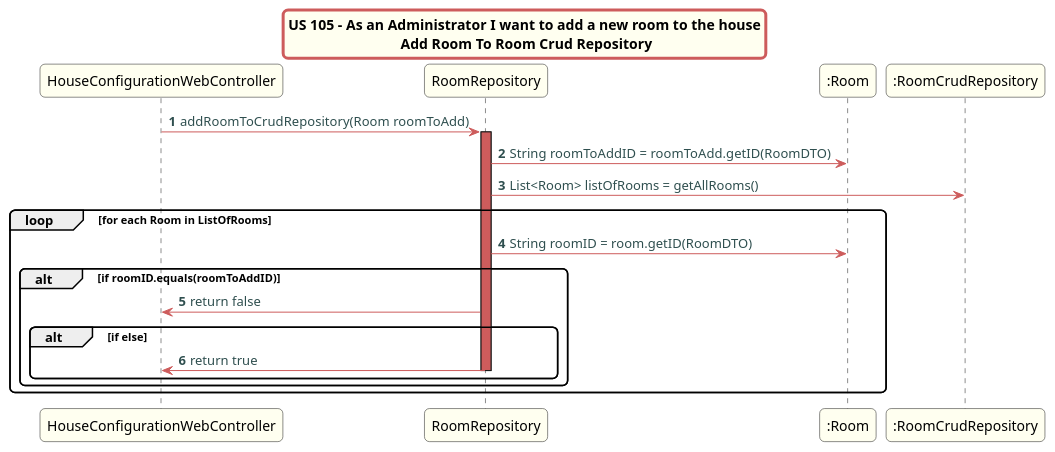
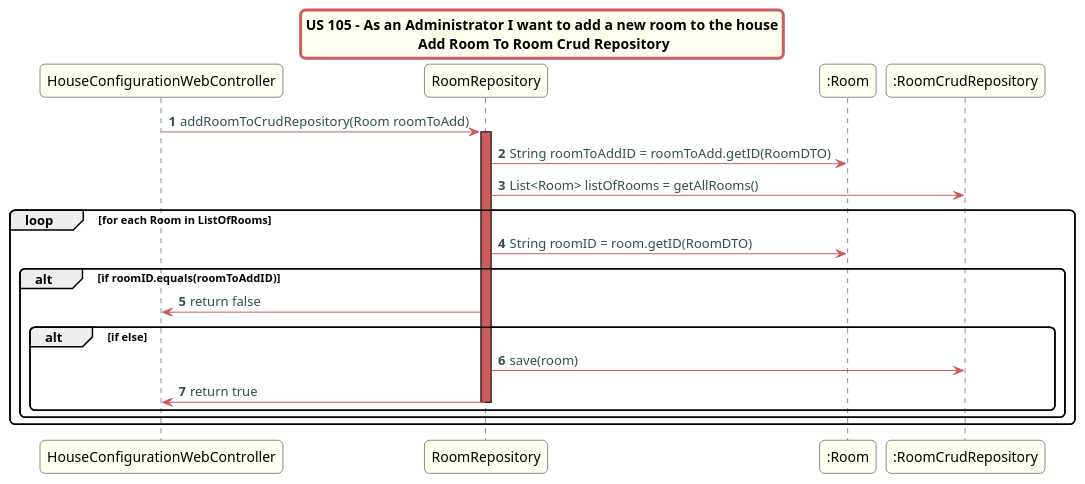
One commit to Almadanmp/project changed the diagram in src/doc/WEB_Controllers/HouseConfiguration/US105/addRoomToRepository.puml. Above: the diagram before and after it, drawn with PlantUML. The commit also changed 4 other files, not shown here.

```diff
--- a/src/doc/WEB_Controllers/HouseConfiguration/US105/addRoomToRepository.puml
+++ b/src/doc/WEB_Controllers/HouseConfiguration/US105/addRoomToRepository.puml
@@ -1,42 +1,43 @@
 @startuml
 skinparam titleBorderRoundCorner 10
 skinparam titleBorderThickness 3
 skinparam titleBorderColor indianred
 skinparam titleBackgroundColor ivory
 skinparam FontName quicksand
 
 skinparam actor {
  	BorderColor indianred
  	}
 
  skinparam sequence {
  	LifeLineBackgroundColor indianred
  	ParticipantBackgroundColor ivory
  }
 
  skinparam roundcorner 10
 
  skinparam component {
    arrowThickness 1
    ArrowFontName Verdana
    ArrowColor indianred
    ArrowFontColor darkslategrey
  }
 title US 105 - As an Administrator I want to add a new room to the house\n Add Room To Room Crud Repository
 autonumber
 "HouseConfigurationWebController" -> "RoomRepository":  addRoomToCrudRepository(Room roomToAdd)
 activate "RoomRepository"
 "RoomRepository" -> ":Room": String roomToAddID = roomToAdd.getID(RoomDTO)
 "RoomRepository" -> ":RoomCrudRepository": List<Room> listOfRooms = getAllRooms()
 
 loop for each Room in ListOfRooms
 "RoomRepository" -> ":Room": String roomID = room.getID(RoomDTO)
 alt if roomID.equals(roomToAddID)
 "RoomRepository" -> "HouseConfigurationWebController": return false
 alt if else
+"RoomRepository" -> ":RoomCrudRepository": save(room)
 "RoomRepository" -> "HouseConfigurationWebController": return true
 deactivate "RoomRepository"
 end
 end
 end
 @enduml
```
